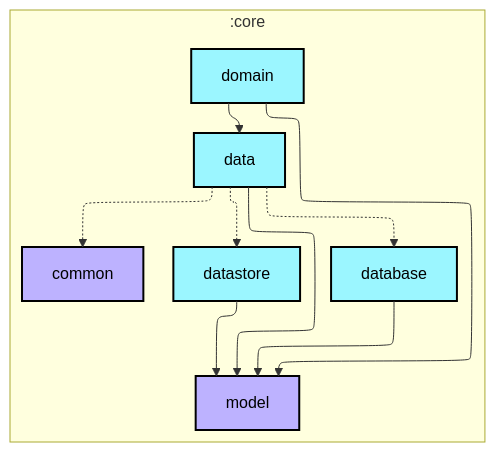
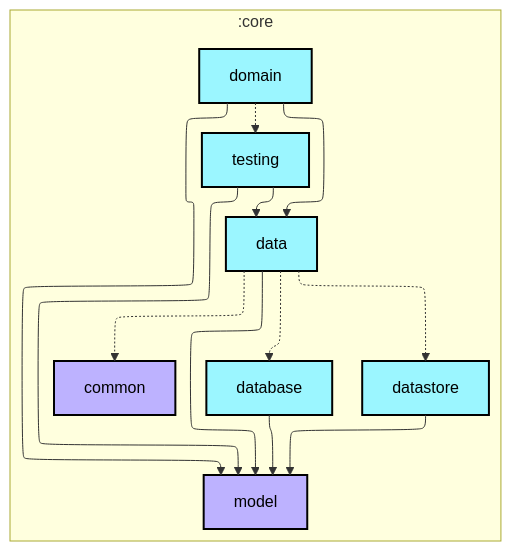
The first of 2 diagrams in core/domain/README.md (Sunior-k/walklog), drawn with Mermaid before and after one commit. The commit also changed other lines of this file and 46 other files, not shown here.

````diff
--- a/core/domain/README.md
+++ b/core/domain/README.md
@@ -8,33 +8,37 @@
 ```mermaid
 ---
 config:
   layout: elk
   elk:
     nodePlacementStrategy: SIMPLE
 ---
 graph TB
   subgraph :core
     direction TB
     :core:domain[domain]:::android-library
     :core:data[data]:::android-library
     :core:database[database]:::android-library
     :core:datastore[datastore]:::android-library
     :core:common[common]:::jvm-library
     :core:model[model]:::jvm-library
+    :core:testing[testing]:::android-library
   end
 
   :core:domain --> :core:data
   :core:domain --> :core:model
+  :core:domain -.-> :core:testing
   :core:data --> :core:model
   :core:data -.-> :core:database
   :core:data -.-> :core:datastore
   :core:data -.-> :core:common
   :core:database --> :core:model
   :core:datastore --> :core:model
+  :core:testing --> :core:data
+  :core:testing --> :core:model
 
 classDef android-application fill:#CAFFBF,stroke:#000,stroke-width:2px,color:#000;
 classDef android-feature fill:#FFD6A5,stroke:#000,stroke-width:2px,color:#000;
 classDef android-library fill:#9BF6FF,stroke:#000,stroke-width:2px,color:#000;
 classDef android-test fill:#A0C4FF,stroke:#000,stroke-width:2px,color:#000;
 classDef jvm-library fill:#BDB2FF,stroke:#000,stroke-width:2px,color:#000;
 ```
````
